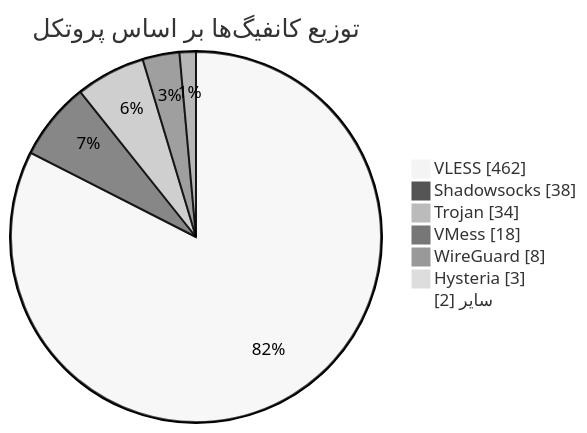
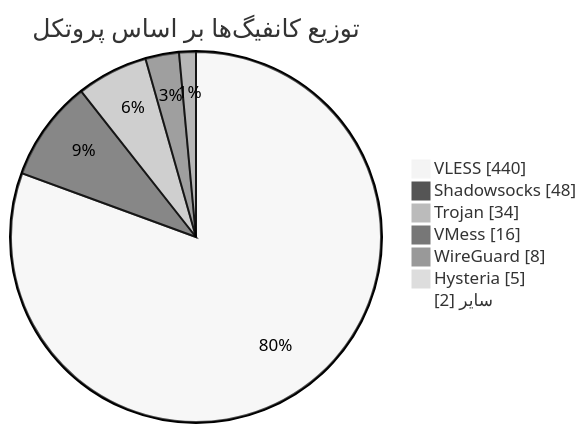
One commit to Arian-Alijani/Somthing changed the diagram in README.md. Above: the diagram before and after it, drawn with Mermaid (neutral theme). The commit also changed other lines of this file and 71 other files, not shown here.

````diff
--- a/README.md
+++ b/README.md
@@ -49,11 +49,11 @@
 ```mermaid
 pie showData
     title توزیع کانفیگ‌ها بر اساس پروتکل
-    "VLESS" : 462
-    "Shadowsocks" : 38
+    "VLESS" : 440
+    "Shadowsocks" : 48
     "Trojan" : 34
-    "VMess" : 18
+    "VMess" : 16
     "WireGuard" : 8
-    "Hysteria" : 3
+    "Hysteria" : 5
     "سایر" : 2
 ```
````
